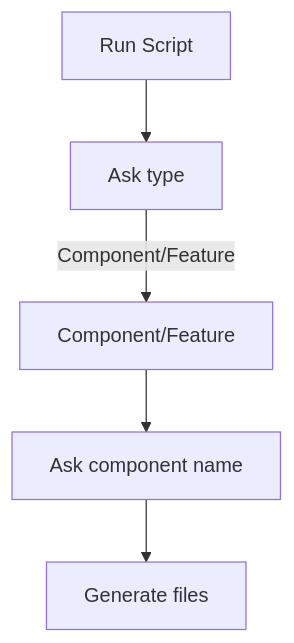
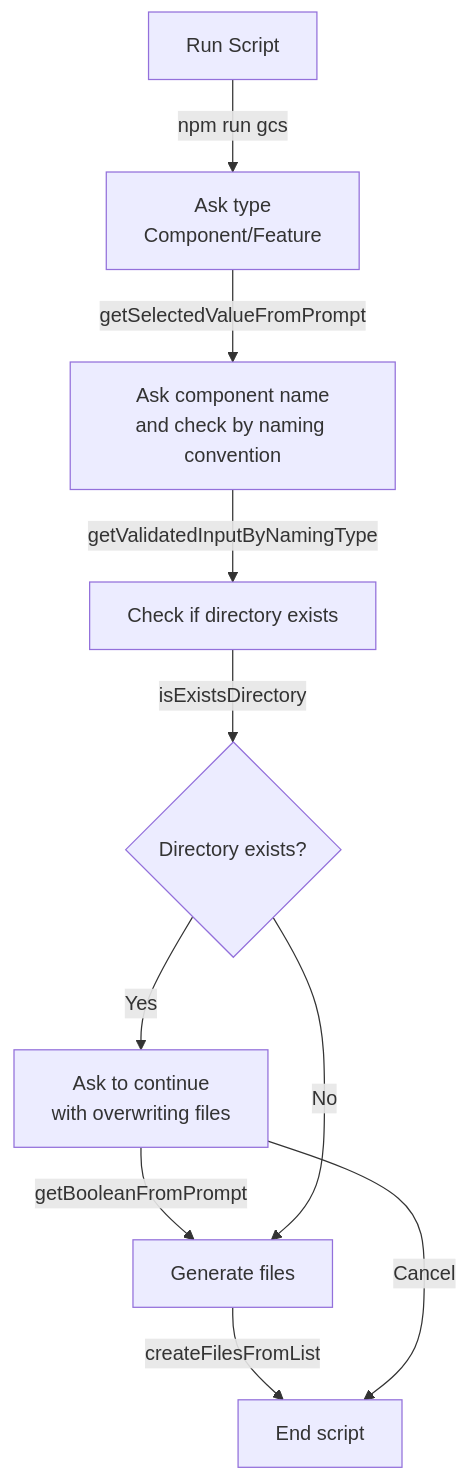
One commit to myu39/uikit-react changed the diagram in src/scripts/features/gcs/README.md. Above: the diagram before and after it, drawn with Mermaid. The commit also changed other lines of this file, not shown here.

Commit message:
docs: Add flowchart of gcs

````diff
--- a/src/scripts/features/gcs/README.md
+++ b/src/scripts/features/gcs/README.md
@@ -30,7 +25,12 @@
 ```mermaid
-flowchart
-    A[Run Script] --> B[Ask type]
-    B --> |Component/Feature| C[Component/Feature]
-    C --> D[Ask component name]
-    D --> E[Generate files]
+flowchart TD
+    A[Run Script] --> |npm run gcs| B[Ask type<br>Component/Feature]
+    B --> |getSelectedValueFromPrompt| C[Ask component name<br>and check by naming convention]
+    C --> |getValidatedInputByNamingType| D[Check if directory exists]
+    D --> |isExistsDirectory| E{Directory exists?}
+    E --> |Yes| F[Ask to continue<br>with overwriting files]
+    F --> |getBooleanFromPrompt| G[Generate files]
+    E --> |No| G[Generate files]
+    G --> |createFilesFromList| H[End script]
+    F --> |Cancel| H[End script]
 ```
````
